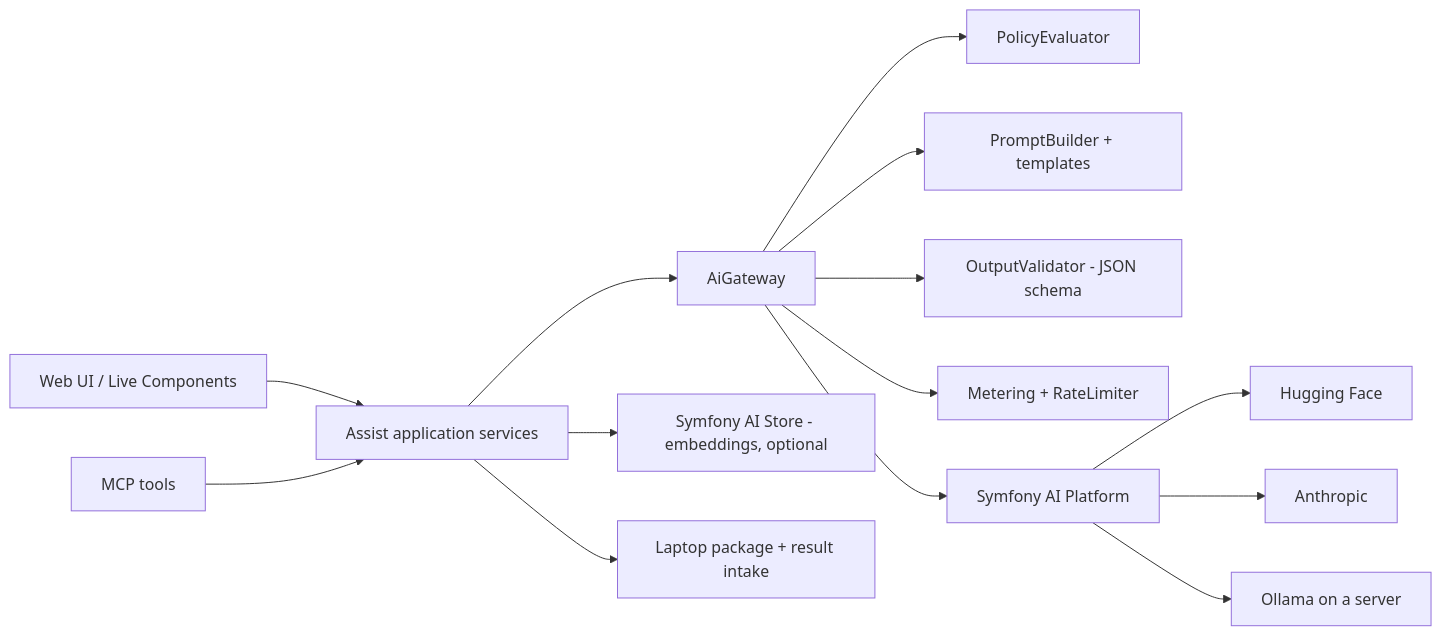
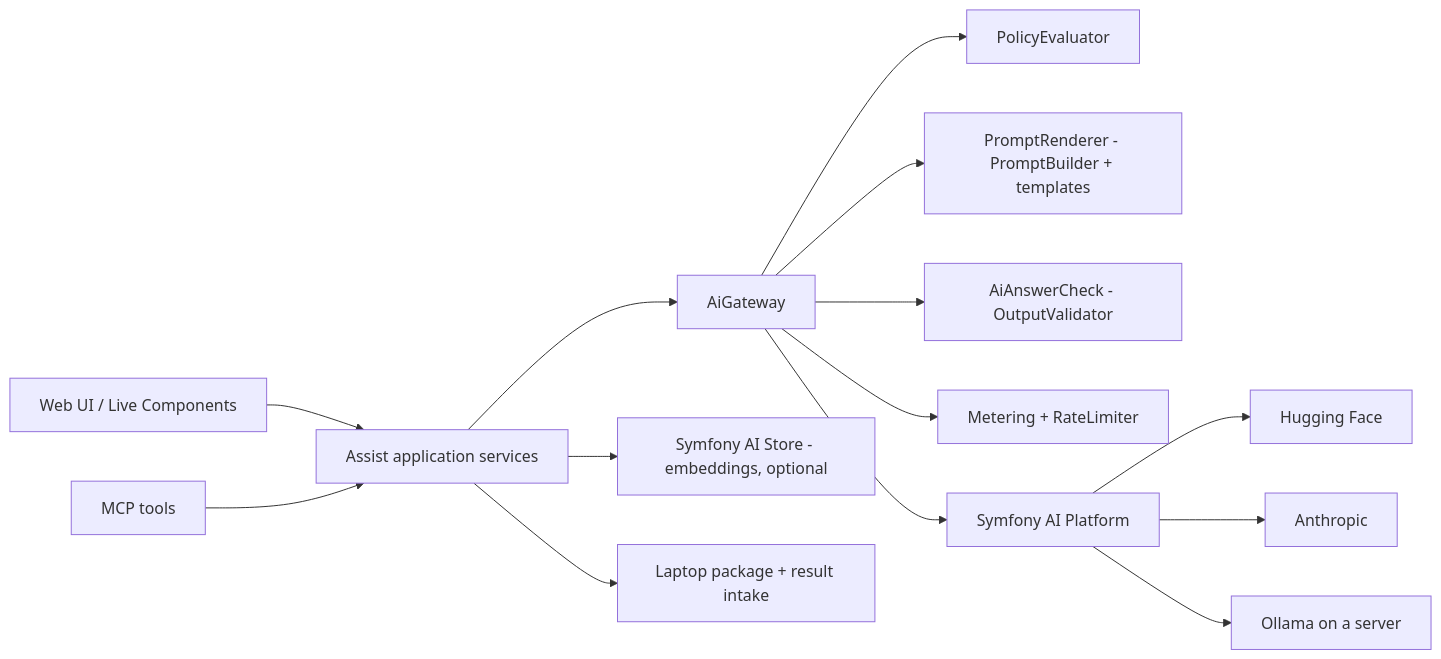
The first of 3 diagrams in docs/02-architecture/ai-architecture.md (Mir-Zairan/pinround-symfony), drawn with Mermaid before and after one commit. The commit also changed other lines of this file and 6 other files, not shown here.

````diff
--- a/docs/02-architecture/ai-architecture.md
+++ b/docs/02-architecture/ai-architecture.md
@@ -42,16 +42,16 @@
 ```mermaid
 flowchart LR
   UI[Web UI / Live Components] --> APP[Assist application services]
   MCP[MCP tools] --> APP
   APP --> GW[AiGateway]
   GW --> POL[PolicyEvaluator]
-  GW --> PB[PromptBuilder + templates]
-  GW --> VAL[OutputValidator - JSON schema]
+  GW --> PB[PromptRenderer - PromptBuilder + templates]
+  GW --> VAL[AiAnswerCheck - OutputValidator]
   GW --> MET[Metering + RateLimiter]
   GW --> PLAT[Symfony AI Platform]
   PLAT --> HF[Hugging Face]
   PLAT --> ANT[Anthropic]
   PLAT --> OLS[Ollama on a server]
   APP --> STORE[Symfony AI Store - embeddings, optional]
   APP --> LAP[Laptop package + result intake]
 ```
````
